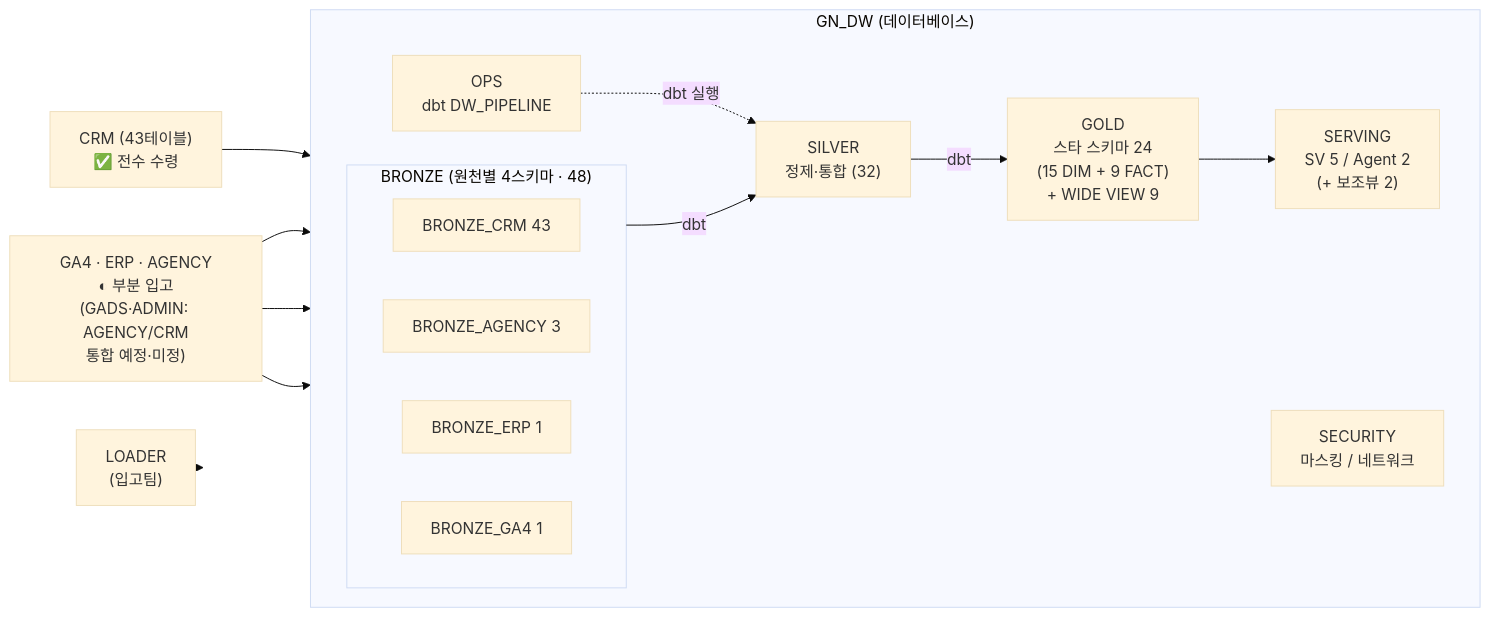
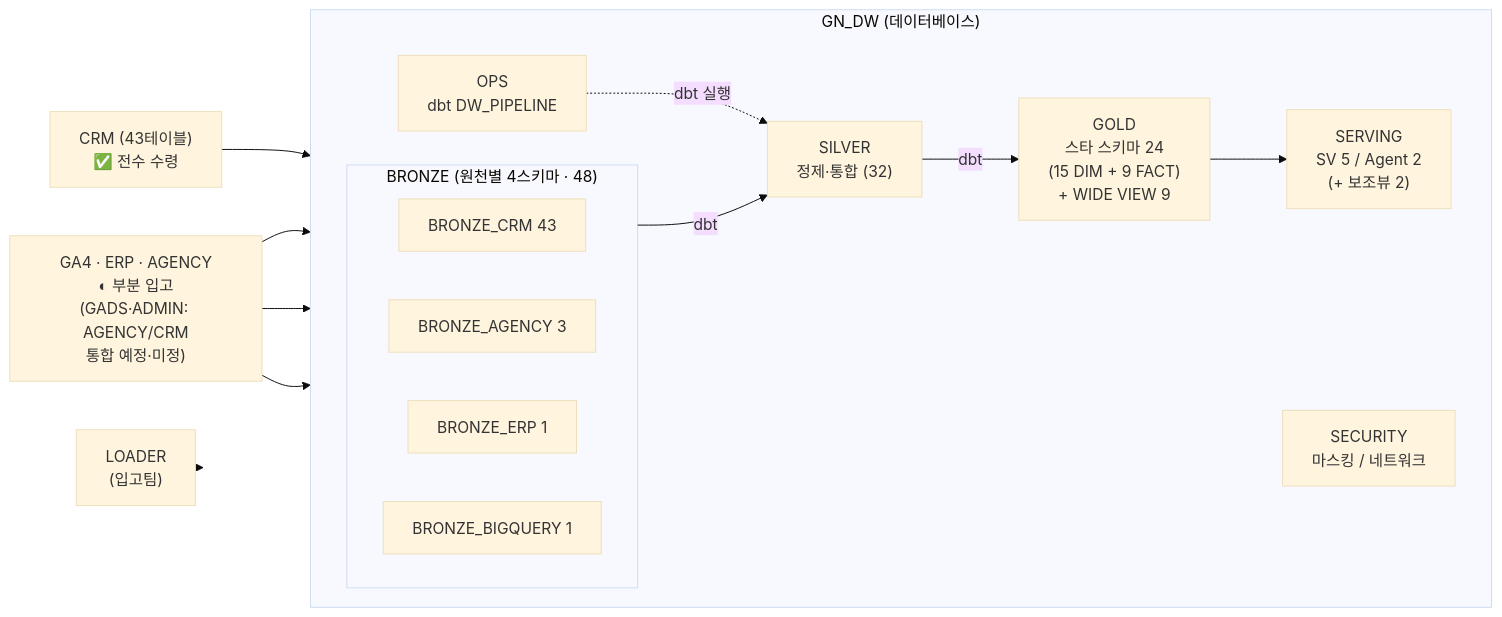
One commit to cih0802/snowflake_files changed the first of 4 diagrams in 02_GN_DW_building/05_ARCHITECTURE.md. Above: the diagram before and after it, drawn with Mermaid (base theme). The commit also changed other lines of this file and 66 other files, not shown here.

````diff
--- a/02_GN_DW_building/05_ARCHITECTURE.md
+++ b/02_GN_DW_building/05_ARCHITECTURE.md
@@ -19,27 +19,27 @@
 ```mermaid
 flowchart LR
   CRM["CRM (43테이블)<br/>✅ 전수 수령"]
   PART["GA4 · ERP · AGENCY<br/>◐ 부분 입고<br/>(GADS·ADMIN: AGENCY/CRM<br/>통합 예정·미정)"]
   LOADER["LOADER<br/>(입고팀)"]
 
   subgraph GNDW["GN_DW (데이터베이스)"]
     direction LR
     subgraph BRZ["BRONZE (원천별 4스키마 · 48)"]
       BCRM["BRONZE_CRM 43"]
       BAGN["BRONZE_AGENCY 3"]
       BERP["BRONZE_ERP 1"]
-      BGA4["BRONZE_GA4 1"]
+      BGA4["BRONZE_BIGQUERY 1"]
     end
     SILVER["SILVER<br/>정제·통합 (32)"]
     GOLD["GOLD<br/>스타 스키마 24<br/>(15 DIM + 9 FACT)<br/>+ WIDE VIEW 9"]
     SERVING["SERVING<br/>SV 5 / Agent 2<br/>(+ 보조뷰 2)"]
     OPS["OPS<br/>dbt DW_PIPELINE"]
     SECURITY["SECURITY<br/>마스킹 / 네트워크"]
   end
 
   CRM --> BCRM
   PART --> BAGN & BERP & BGA4
   LOADER --> BRZ
   BRZ -->|dbt| SILVER -->|dbt| GOLD --> SERVING
   OPS -.dbt 실행.-> SILVER
 ```
````
